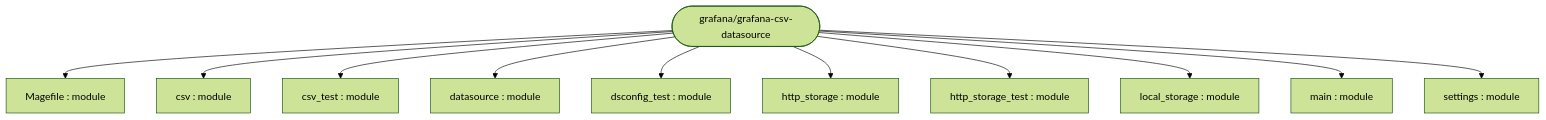
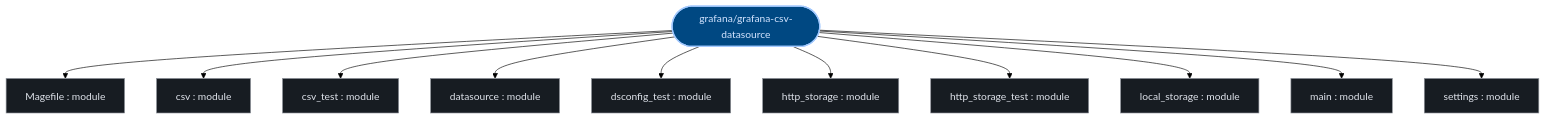
One commit to kumarshaz/atruss-code-atlas changed the first of 3 diagrams in exports/latest/reports/grafana-grafana-csv-datasource-report.md. Above: the diagram before and after it, drawn with Mermaid (forest theme). The commit also changed other lines of this file and 331 other files, not shown here.

Commit message:
docs,ui,fix: update SDLC docs, reorder CI/CD DAG first, stylize Mermaid, and fix Arc42 pipeline topology

````diff
--- a/exports/latest/reports/grafana-grafana-csv-datasource-report.md
+++ b/exports/latest/reports/grafana-grafana-csv-datasource-report.md
@@ -42,24 +42,31 @@
 ```mermaid
 graph TD;
-    Magefile["Magefile : module"]
-    csv["csv : module"]
-    csv_test["csv_test : module"]
-    datasource["datasource : module"]
-    http_storage["http_storage : module"]
-    http_storage_test["http_storage_test : module"]
-    local_storage["local_storage : module"]
-    main["main : module"]
-    settings["settings : module"]
-    dsconfig_test["dsconfig_test : module"]
-    repo_root(["grafana/grafana-csv-datasource"])
+  classDef atlasRoot fill:#004882,stroke:#a3c9ff,stroke-width:2px,color:#d3e4ff
+  classDef atlasCategory fill:#212428,stroke:#E87A48,stroke-width:1.5px,color:#dfe3eb
+  classDef atlasWorkflow fill:#1b2026,stroke:#a3c9ff,stroke-width:1.5px,color:#dfe3eb
+  classDef atlasJob fill:#171c22,stroke:#8d9199,stroke-width:1px,color:#dfe3eb
+  classDef atlasTarget fill:#005227,stroke:#8bd99b,stroke-width:1.5px,color:#a7f6b6
+  classDef atlasAlert fill:#93000a,stroke:#ffb4ab,stroke-width:1.5px,color:#ffdad6
+  classDef atlasMore fill:#252a31,stroke:#8d9199,stroke-dasharray:4 4,color:#c3c6cf
+    Magefile["Magefile : module"]:::atlasJob
+    csv["csv : module"]:::atlasJob
+    csv_test["csv_test : module"]:::atlasJob
+    datasource["datasource : module"]:::atlasJob
+    http_storage["http_storage : module"]:::atlasJob
+    http_storage_test["http_storage_test : module"]:::atlasJob
+    local_storage["local_storage : module"]:::atlasJob
+    main["main : module"]:::atlasJob
+    settings["settings : module"]:::atlasJob
+    dsconfig_test["dsconfig_test : module"]:::atlasJob
+    repo_root(["grafana/grafana-csv-datasource"]):::atlasRoot
     repo_root --> Magefile
     repo_root --> csv
     repo_root --> csv_test
     repo_root --> datasource
     repo_root --> dsconfig_test
     repo_root --> http_storage
     repo_root --> http_storage_test
     repo_root --> local_storage
     repo_root --> main
     repo_root --> settings
 ```
````
